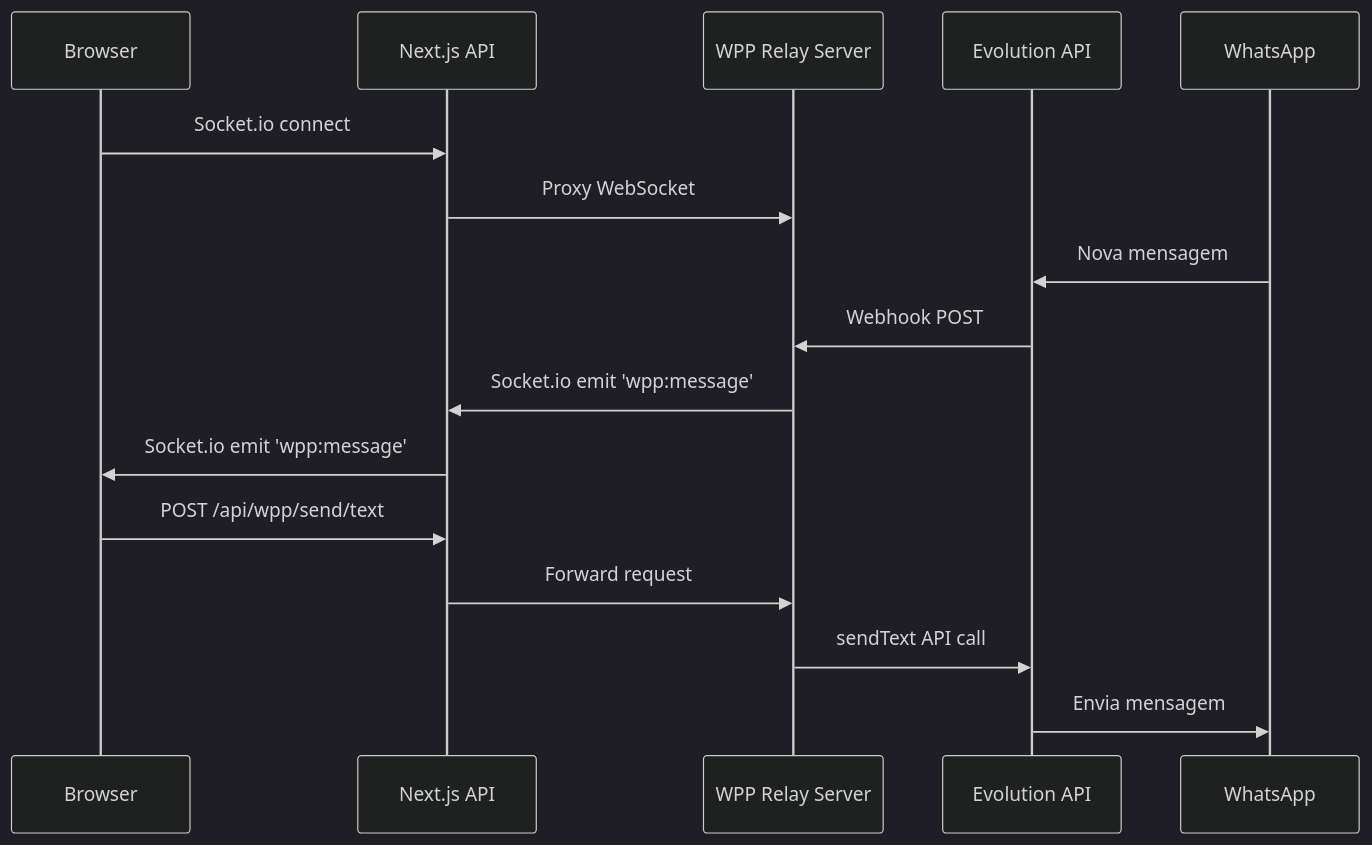
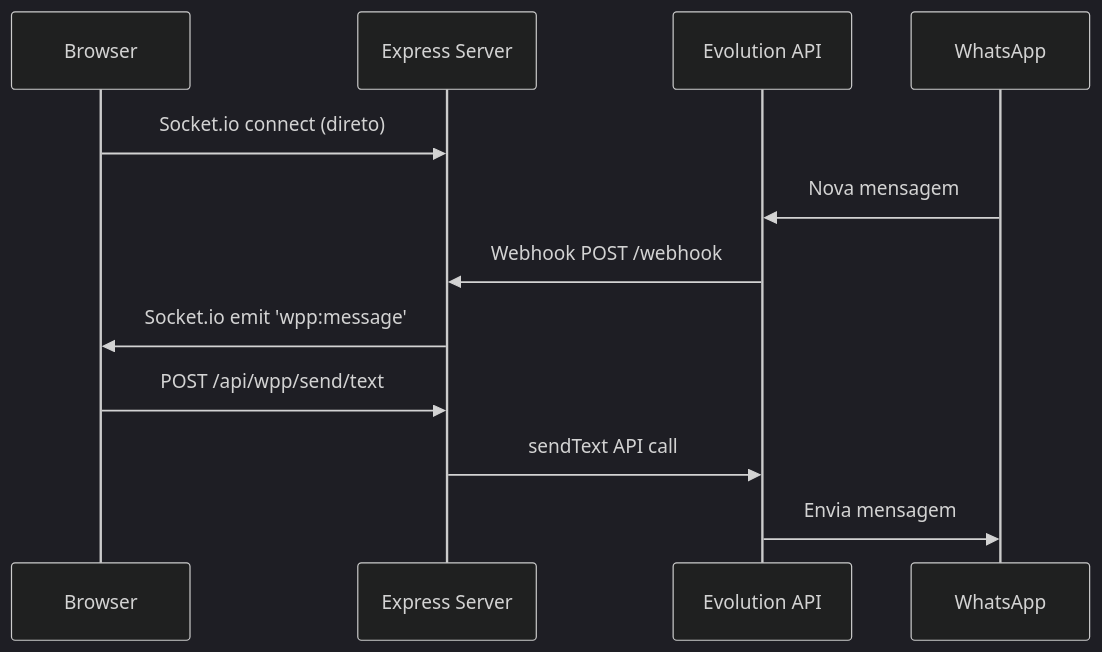
One commit to tfpeixoto/app-maestro360 changed the second of 2 diagrams in .kiro/specs/maestro360-rewrite/design.md. Above: the diagram before and after it, drawn with Mermaid (dark theme). The commit also changed other lines of this file and 2 other files, not shown here.

````diff
--- a/.kiro/specs/maestro360-rewrite/design.md
+++ b/.kiro/specs/maestro360-rewrite/design.md
@@ -75,19 +80,15 @@
 ```mermaid
 sequenceDiagram
     participant Browser
-    participant NextAPI as Next.js API
-    participant WPPServer as WPP Relay Server
+    participant Express as Express Server
     participant Evolution as Evolution API
     participant WhatsApp
 
-    Browser->>NextAPI: Socket.io connect
-    NextAPI->>WPPServer: Proxy WebSocket
+    Browser->>Express: Socket.io connect (direto)
     WhatsApp->>Evolution: Nova mensagem
-    Evolution->>WPPServer: Webhook POST
-    WPPServer->>NextAPI: Socket.io emit 'wpp:message'
-    NextAPI->>Browser: Socket.io emit 'wpp:message'
-    Browser->>NextAPI: POST /api/wpp/send/text
-    NextAPI->>WPPServer: Forward request
-    WPPServer->>Evolution: sendText API call
+    Evolution->>Express: Webhook POST /webhook
+    Express->>Browser: Socket.io emit 'wpp:message'
+    Browser->>Express: POST /api/wpp/send/text
+    Express->>Evolution: sendText API call
     Evolution->>WhatsApp: Envia mensagem
 ```
````
